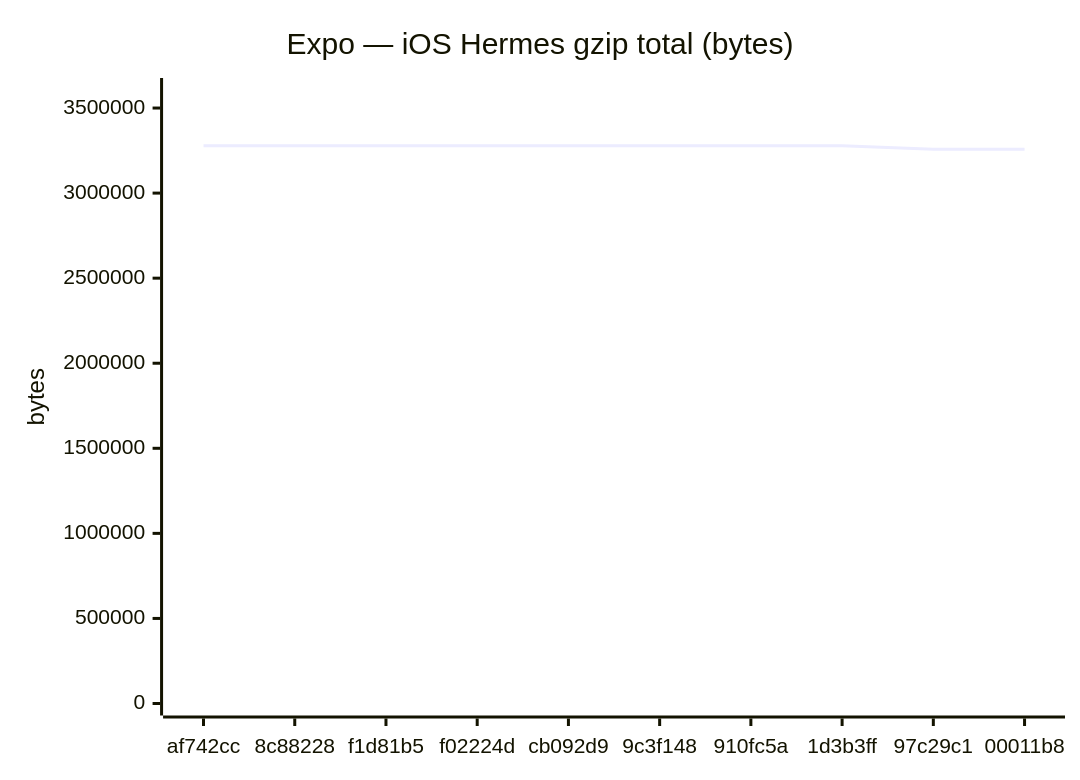
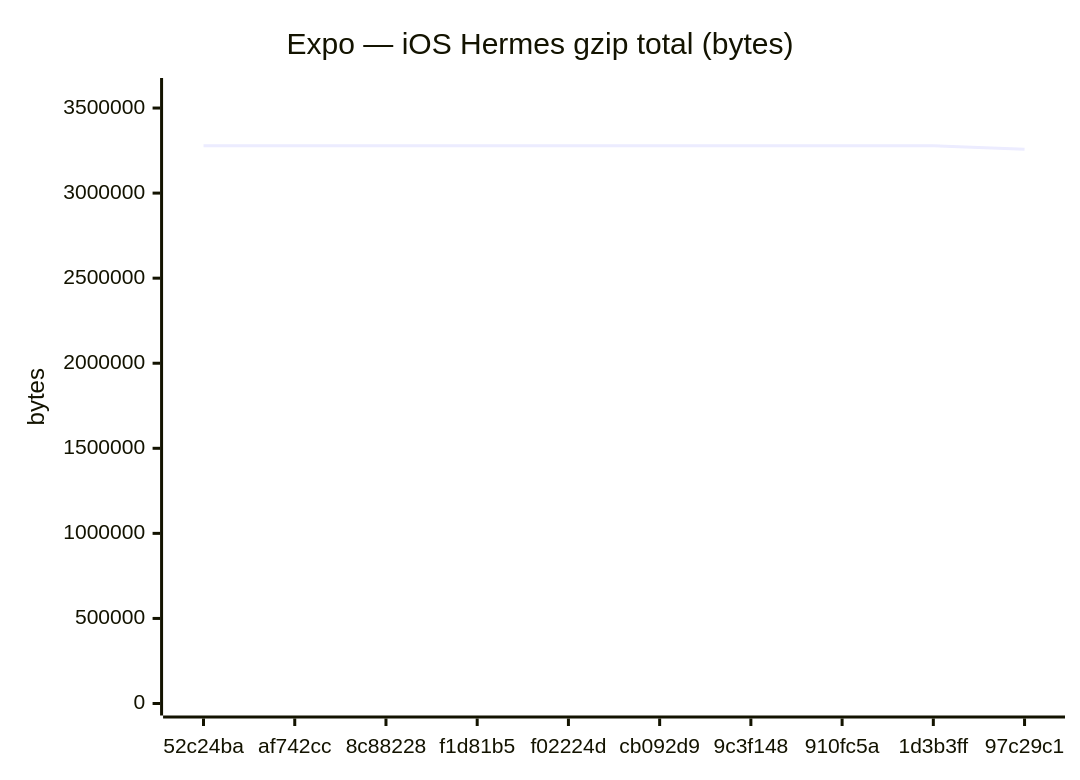
Before and after one commit to Metaheurist/Rianell: the sixth of 18 diagrams in benchmarks/compare.md, drawn with Mermaid. The commit also changed other lines of this file and 11 other files, not shown here.

````diff
--- a/benchmarks/compare.md
+++ b/benchmarks/compare.md
@@ -96,7 +96,7 @@
 ```mermaid
 xychart-beta
     title "Expo — iOS Hermes gzip total (bytes)"
-    x-axis ["af742cc", "8c88228", "f1d81b5", "f02224d", "cb092d9", "9c3f148", "910fc5a", "1d3b3ff", "97c29c1", "00011b8"]
+    x-axis ["52c24ba", "af742cc", "8c88228", "f1d81b5", "f02224d", "cb092d9", "9c3f148", "910fc5a", "1d3b3ff", "97c29c1"]
     y-axis "bytes" 0 --> 3606021
-    line [3278197, 3277689, 3278200, 3278200, 3278198, 3278199, 3277688, 3278198, 3258272, 3258276]
+    line [3278191, 3278197, 3277689, 3278200, 3278200, 3278198, 3278199, 3277688, 3278198, 3258272]
 ```
````
